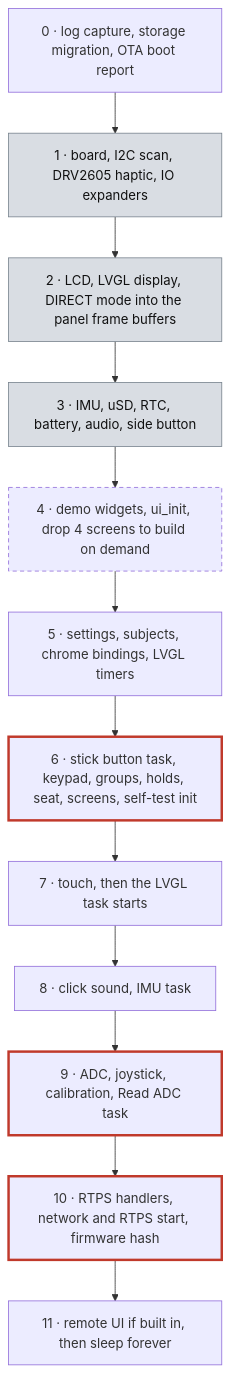
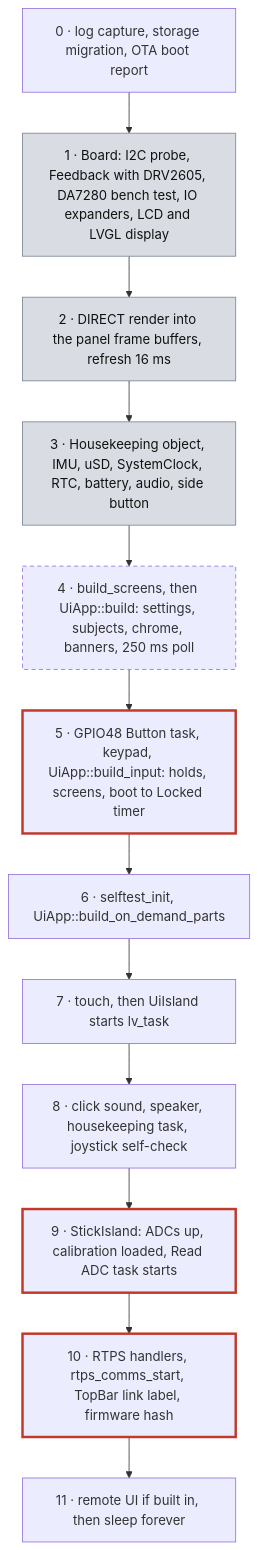
The second of 8 diagrams in docs/how-the-firmware-works.md (rammp-org/pace-hmi-fw), drawn with Mermaid before and after one commit. The commit also changed other lines of this file, not shown here.

First line of the commit message:
docs: refresh how-the-firmware-works for the component layout at a31cea2

````diff
--- a/docs/how-the-firmware-works.md
+++ b/docs/how-the-firmware-works.md
@@ -144,19 +210,19 @@
 ```mermaid
 flowchart TD
   p0["0 · log capture, storage migration, OTA boot report"]
-  p1["1 · board, I2C scan, DRV2605 haptic, IO expanders"]:::hw
-  p2["2 · LCD, LVGL display, DIRECT mode into the panel frame buffers"]:::hw
-  p3["3 · IMU, uSD, RTC, battery, audio, side button"]:::hw
-  p4["4 · demo widgets, ui_init, drop 4 screens to build on demand"]:::gen
-  p5["5 · settings, subjects, chrome bindings, LVGL timers"]
-  p6["6 · stick button task, keypad, groups, holds, seat, screens, self-test init"]:::safety
-  p7["7 · touch, then the LVGL task starts"]
-  p8["8 · click sound, IMU task"]
-  p9["9 · ADC, joystick, calibration, Read ADC task"]:::safety
-  p10["10 · RTPS handlers, network and RTPS start, firmware hash"]:::safety
+  p1["1 · Board: I2C probe, Feedback with DRV2605, DA7280 bench test, IO expanders, LCD and LVGL display"]:::hw
+  p2["2 · DIRECT render into the panel frame buffers, refresh 16 ms"]:::hw
+  p3["3 · Housekeeping object, IMU, uSD, SystemClock, RTC, battery, audio, side button"]:::hw
+  p4["4 · build_screens, then UiApp::build: settings, subjects, chrome, banners, 250 ms poll"]:::gen
+  p5["5 · GPIO48 Button task, keypad, UiApp::build_input: holds, screens, boot to Locked timer"]:::safety
+  p6["6 · selftest_init, UiApp::build_on_demand_parts"]
+  p7["7 · touch, then UiIsland starts lv_task"]
+  p8["8 · click sound, speaker, housekeeping task, joystick self-check"]
+  p9["9 · StickIsland: ADCs up, calibration loaded, Read ADC task starts"]:::safety
+  p10["10 · RTPS handlers, rtps_comms_start, TopBar link label, firmware hash"]:::safety
   p11["11 · remote UI if built in, then sleep forever"]
   p0 --> p1 --> p2 --> p3 --> p4 --> p5 --> p6 --> p7 --> p8 --> p9 --> p10 --> p11
   classDef hw fill:#d9dde3,stroke:#7a8590,color:#111
   classDef safety stroke:#c0392b,stroke-width:3px
   classDef gen stroke-dasharray:5 4
 ```
````
